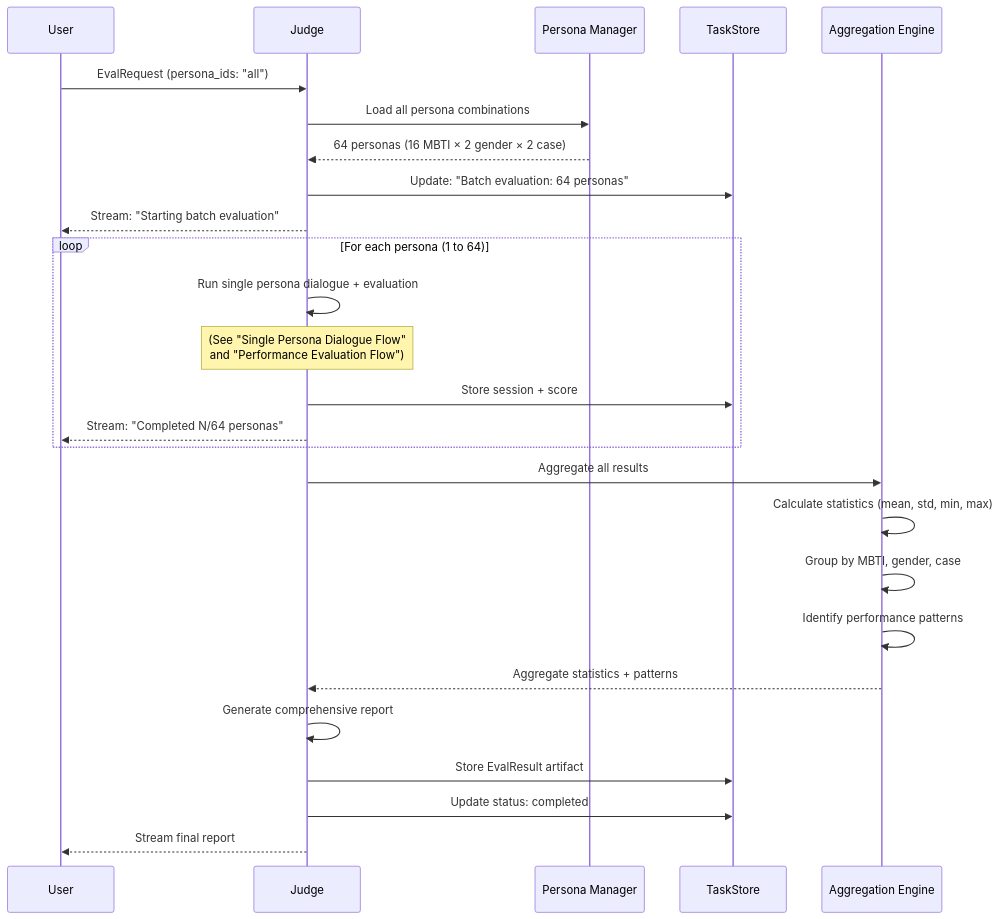
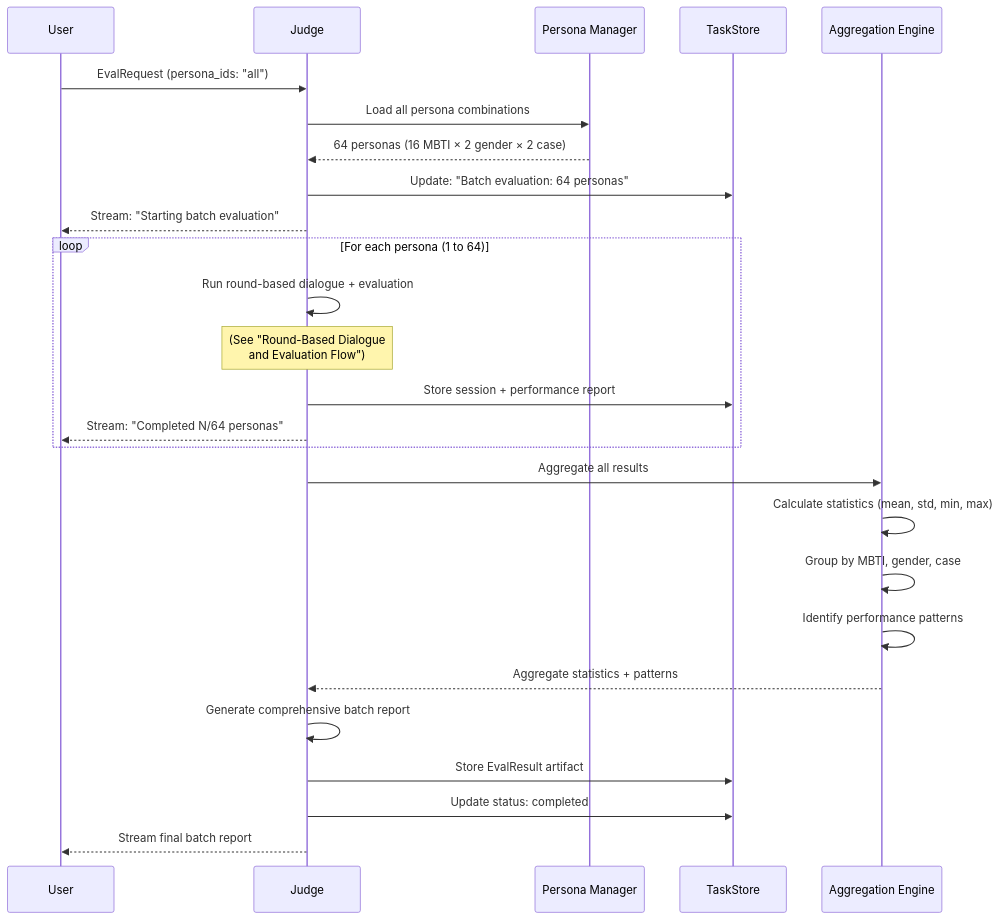
The fourth of 4 diagrams in docs/system-architecture.md (MadGAA-Lab/OSCE-Project-Stage2), drawn with Mermaid before and after one commit. The commit also changed other lines of this file, not shown here.

````diff
--- a/docs/system-architecture.md
+++ b/docs/system-architecture.md
@@ -610,33 +863,33 @@
 ```mermaid
 sequenceDiagram
     participant User
     participant Judge
     participant PersonaMgr as Persona Manager
     participant TaskStore
     participant AggEngine as Aggregation Engine
     
     User->>Judge: EvalRequest (persona_ids: "all")
     Judge->>PersonaMgr: Load all persona combinations
     PersonaMgr-->>Judge: 64 personas (16 MBTI × 2 gender × 2 case)
     
     Judge->>TaskStore: Update: "Batch evaluation: 64 personas"
     Judge-->>User: Stream: "Starting batch evaluation"
     
     loop For each persona (1 to 64)
-        Judge->>Judge: Run single persona dialogue + evaluation
-        Note over Judge: (See "Single Persona Dialogue Flow"<br/>and "Performance Evaluation Flow")
-        Judge->>TaskStore: Store session + score
+        Judge->>Judge: Run round-based dialogue + evaluation
+        Note over Judge: (See "Round-Based Dialogue<br/>and Evaluation Flow")
+        Judge->>TaskStore: Store session + performance report
         Judge-->>User: Stream: "Completed N/64 personas"
     end
     
     Judge->>AggEngine: Aggregate all results
     AggEngine->>AggEngine: Calculate statistics (mean, std, min, max)
     AggEngine->>AggEngine: Group by MBTI, gender, case
     AggEngine->>AggEngine: Identify performance patterns
     AggEngine-->>Judge: Aggregate statistics + patterns
     
-    Judge->>Judge: Generate comprehensive report
+    Judge->>Judge: Generate comprehensive batch report
     Judge->>TaskStore: Store EvalResult artifact
     Judge->>TaskStore: Update status: completed
-    Judge-->>User: Stream final report
+    Judge-->>User: Stream final batch report
 ```
````
